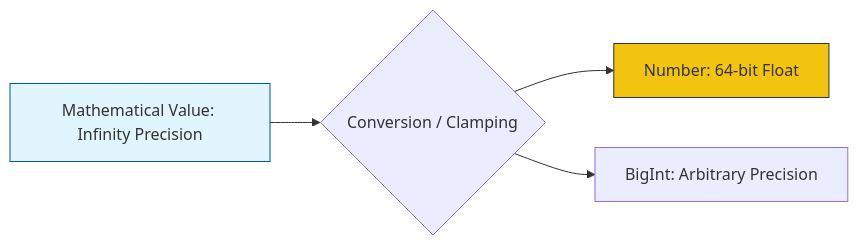
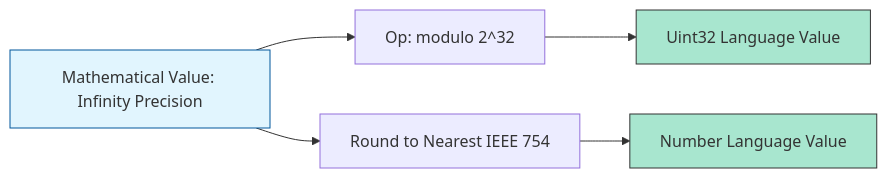
One commit to syahputrawork98-sketch/JavaScript-Learning-Hub changed the diagram in RAK-04-core-specification/SR-01-spec-algorithm-conventions/BK-03_SpecAlgorithmConventions/CH-04_SpecMath/README.md. Above: the diagram before and after it, drawn with Mermaid. The commit also changed other lines of this file and 12 other files, not shown here.

````diff
--- a/RAK-04-core-specification/SR-01-spec-algorithm-conventions/BK-03_SpecAlgorithmConventions/CH-04_SpecMath/README.md
+++ b/RAK-04-core-specification/SR-01-spec-algorithm-conventions/BK-03_SpecAlgorithmConventions/CH-04_SpecMath/README.md
@@ -24,9 +23,12 @@
 ```mermaid
 graph LR
-    Theory[Mathematical Value: Infinity Precision] --> Conv{Conversion / Clamping}
-    Conv --> Num[Number: 64-bit Float]
-    Conv --> BI[BigInt: Arbitrary Precision]
+    Theory[Mathematical Value: Infinity Precision] --> Op1[Op: modulo 2^32]
+    Op1 --> Result[Uint32 Language Value]
+    
+    Theory --> Op2[Round to Nearest IEEE 754]
+    Op2 --> Result2[Number Language Value]
     
     style Theory fill:#e1f5fe,stroke:#01579b
-    style Num fill:#f1c40f,stroke:#333
+    style Result fill:#a8e6cf,stroke:#333
+    style Result2 fill:#a8e6cf,stroke:#333
 ```
````
